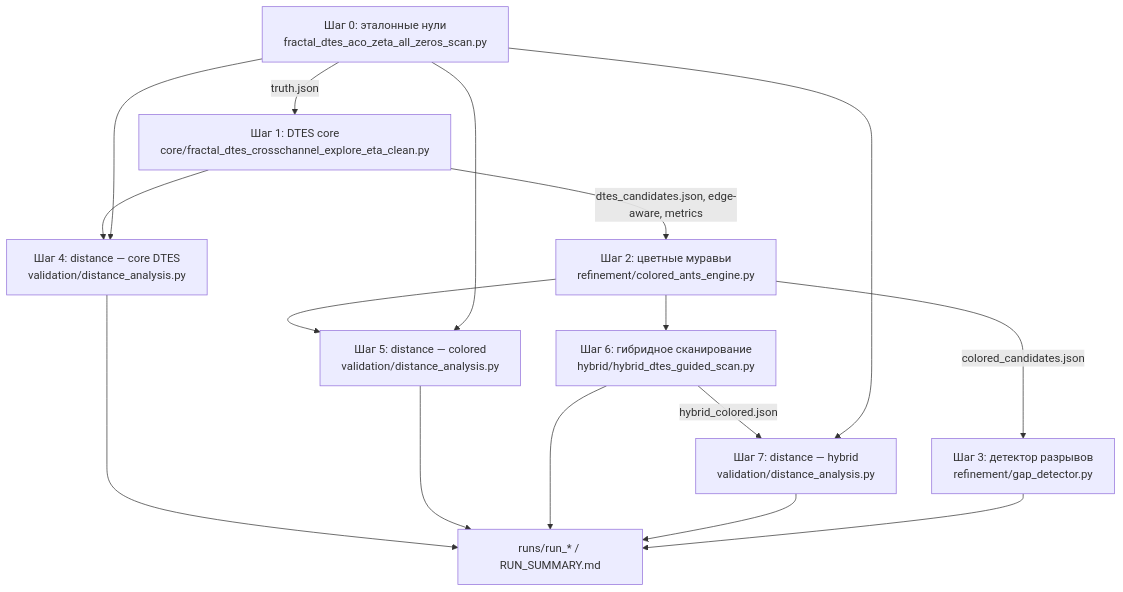
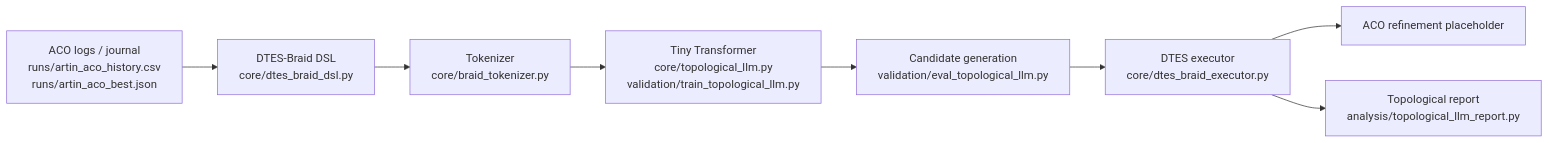
Before and after one commit to maxmurtazin/Ant-RH: the third of 6 diagrams in Docs/diagram/architecture.md, drawn with Mermaid. The commit also changed other lines of this file and 135 other files, not shown here.

````diff
--- a/Docs/diagram/architecture.md
+++ b/Docs/diagram/architecture.md
@@ -64,28 +111,19 @@
 ```mermaid
-flowchart TD
-  S0["Шаг 0: эталонные нули\nfractal_dtes_aco_zeta_all_zeros_scan.py"]
-  S1["Шаг 1: DTES core\ncore/fractal_dtes_crosschannel_explore_eta_clean.py"]
-  S2["Шаг 2: цветные муравьи\nrefinement/colored_ants_engine.py"]
-  S3["Шаг 3: детектор разрывов\nrefinement/gap_detector.py"]
-  S4a["Шаг 4: distance — core DTES\nvalidation/distance_analysis.py"]
-  S4b["Шаг 5: distance — colored\nvalidation/distance_analysis.py"]
-  S6["Шаг 6: гибридное сканирование\nhybrid/hybrid_dtes_guided_scan.py"]
-  S7["Шаг 7: distance — hybrid\nvalidation/distance_analysis.py"]
-  OUT["runs/run_* / RUN_SUMMARY.md"]
+flowchart LR
+  LOGS["ACO logs / journal\nruns/artin_aco_history.csv\nruns/artin_aco_best.json"]
+  DSL["DTES-Braid DSL\ncore/dtes_braid_dsl.py"]
+  TOK["Tokenizer\ncore/braid_tokenizer.py"]
+  TRAIN["Tiny Transformer\ncore/topological_llm.py\nvalidation/train_topological_llm.py"]
+  GEN["Candidate generation\nvalidation/eval_topological_llm.py"]
+  EXEC["DTES executor\ncore/dtes_braid_executor.py"]
+  REFINE["ACO refinement placeholder"]
+  REP["Topological report\nanalysis/topological_llm_report.py"]
 
-  S0 -->|truth.json| S1
-  S1 -->|dtes_candidates.json, edge-aware, metrics| S2
-  S2 -->|colored_candidates.json| S3
-  S1 --> S4a
-  S2 --> S4b
-  S2 --> S6
-  S6 -->|hybrid_colored.json| S7
-  S0 --> S4a
-  S0 --> S4b
-  S0 --> S7
-  S4a --> OUT
-  S4b --> OUT
-  S6 --> OUT
-  S7 --> OUT
-  S3 --> OUT
+  LOGS --> DSL
+  DSL --> TOK
+  TOK --> TRAIN
+  TRAIN --> GEN
+  GEN --> EXEC
+  EXEC --> REFINE
+  EXEC --> REP
 ```
````
